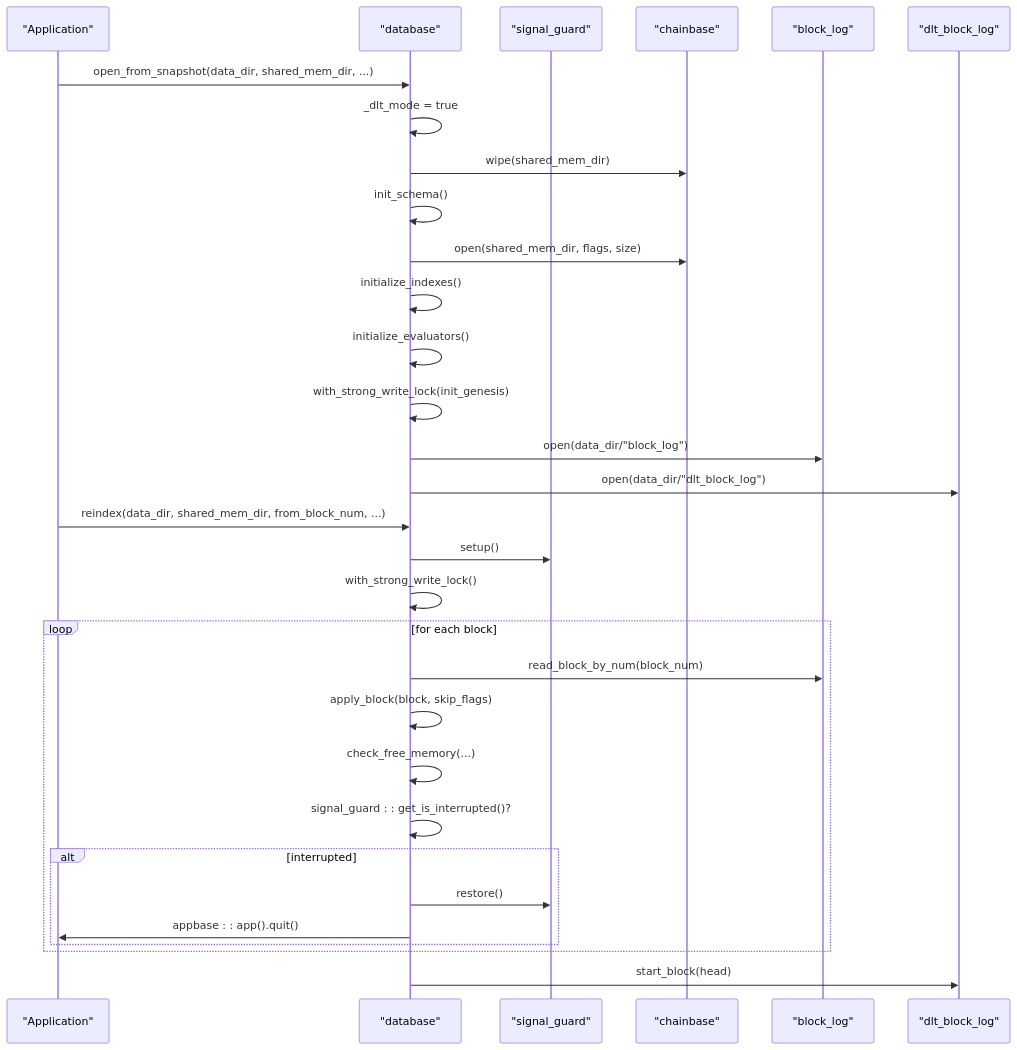
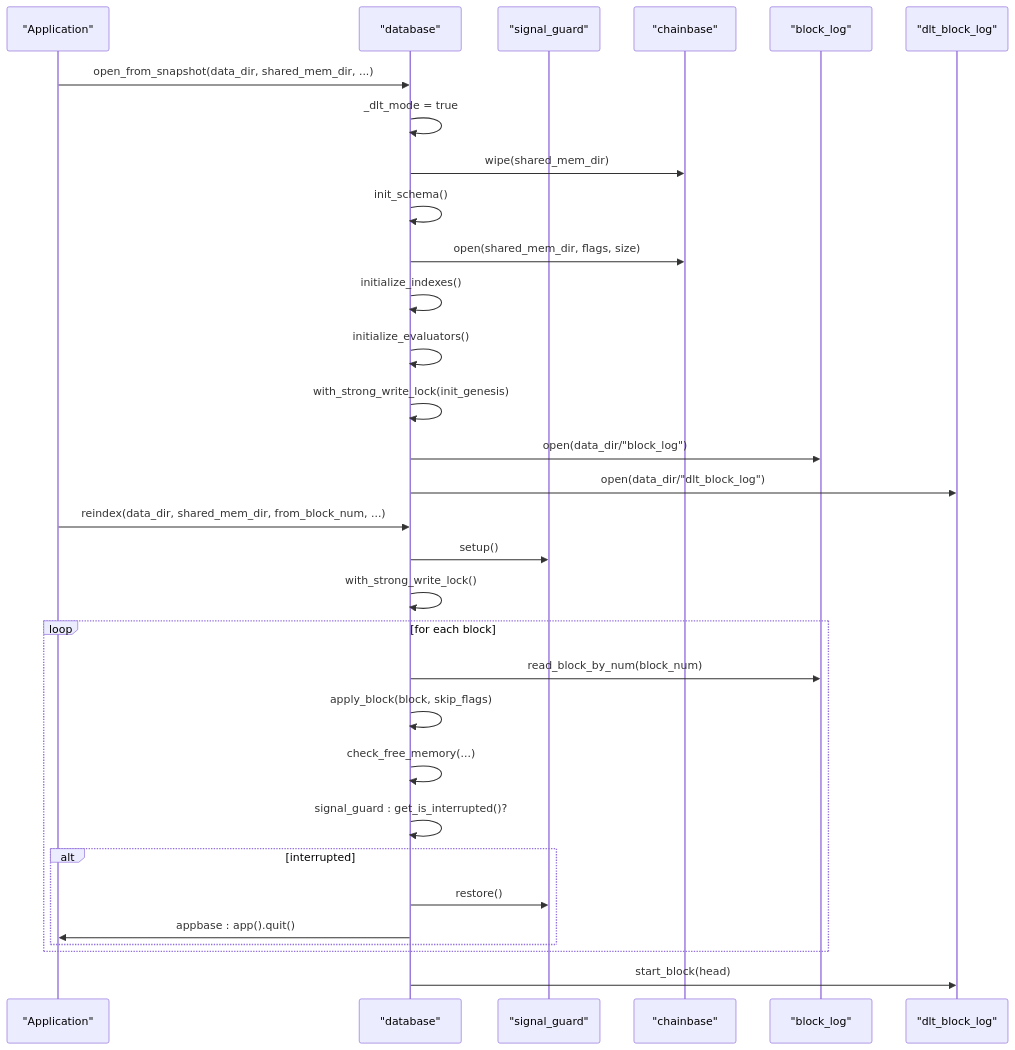
One commit to VIZ-Blockchain/viz-cpp-node changed the third of 13 diagrams in .qoder/repowiki/en/content/Architecture Overview/Core Libraries/Chain Library/Database Management/Database Management.md. Above: the diagram before and after it, drawn with Mermaid. The commit also changed other lines of this file and 4 other files, not shown here.

````diff
--- a/.qoder/repowiki/en/content/Architecture Overview/Core Libraries/Chain Library/Database Management/Database Management.md
+++ b/.qoder/repowiki/en/content/Architecture Overview/Core Libraries/Chain Library/Database Management/Database Management.md
@@ -203,33 +203,33 @@
 ```mermaid
 sequenceDiagram
 participant App as "Application"
 participant DB as "database"
 participant SG as "signal_guard"
 participant CB as "chainbase"
 participant BL as "block_log"
 participant DLT as "dlt_block_log"
 App->>DB : open_from_snapshot(data_dir, shared_mem_dir, ...)
 DB->>DB : _dlt_mode = true
 DB->>CB : wipe(shared_mem_dir)
 DB->>DB : init_schema()
 DB->>CB : open(shared_mem_dir, flags, size)
 DB->>DB : initialize_indexes()
 DB->>DB : initialize_evaluators()
 DB->>DB : with_strong_write_lock(init_genesis)
 DB->>BL : open(data_dir/"block_log")
 DB->>DLT : open(data_dir/"dlt_block_log")
 App->>DB : reindex(data_dir, shared_mem_dir, from_block_num, ...)
 DB->>SG : setup()
 DB->>DB : with_strong_write_lock()
 loop for each block
 DB->>BL : read_block_by_num(block_num)
 DB->>DB : apply_block(block, skip_flags)
 DB->>DB : check_free_memory(...)
-DB->>DB : signal_guard : : get_is_interrupted()?
+DB->>DB : signal_guard : get_is_interrupted()?
 alt interrupted
 DB->>SG : restore()
-DB->>App : appbase : : app().quit()
+DB->>App : appbase : app().quit()
 end
 end
 DB->>DLT : start_block(head)
 ```
````
